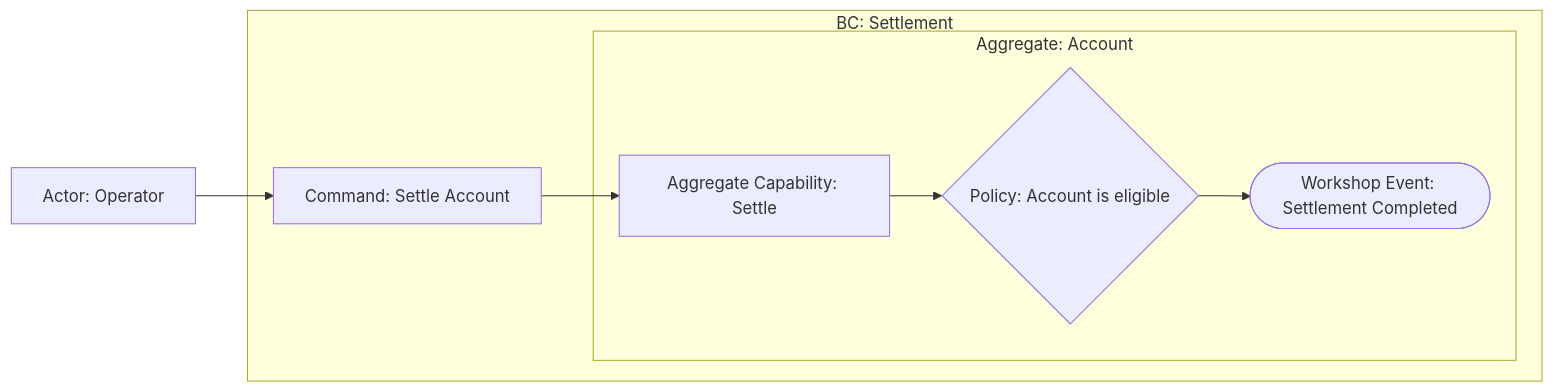
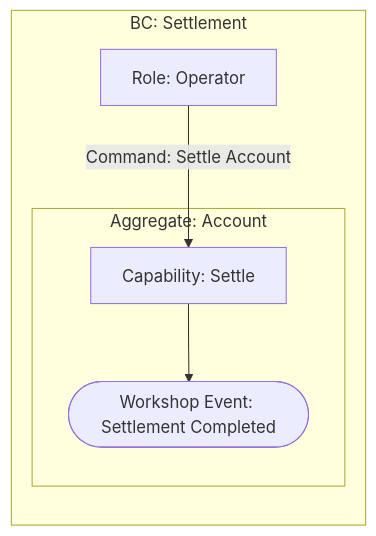
Before and after one commit to jacexh/skill-workshop: the diagram in evals/ddd-expert/cases/guard-tactical-design-claim-drift/workspace/docs/ddd-expert/event-storming/settle-account.md, drawn with Mermaid. The commit also changed other lines of this file and 25 other files, not shown here.

Commit message:
fix(ddd-expert): simplify EventStorming model graphs

````diff
--- a/evals/ddd-expert/cases/guard-tactical-design-claim-drift/workspace/docs/ddd-expert/event-storming/settle-account.md
+++ b/evals/ddd-expert/cases/guard-tactical-design-claim-drift/workspace/docs/ddd-expert/event-storming/settle-account.md
@@ -13,13 +13,11 @@
 ```mermaid
 flowchart LR
-    actor["Actor: Operator"]
     subgraph settlement["BC: Settlement"]
-        command["Command: Settle Account"]
+        role["Role: Operator"]
         subgraph account["Aggregate: Account"]
-            capability["Aggregate Capability: Settle"]
-            policy{"Policy: Account is eligible"}
+            capability["Capability: Settle"]
             event(["Workshop Event: Settlement Completed"])
         end
+        role -- "Command: Settle Account" --> capability --> event
     end
-    actor --> command --> capability --> policy --> event
 ```
````
